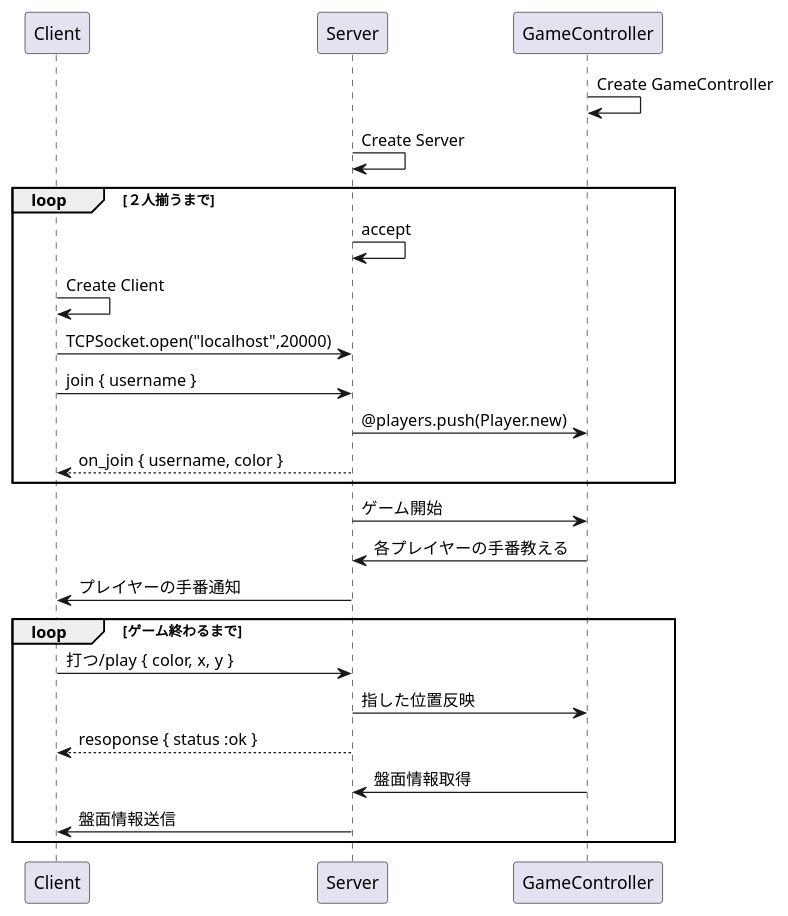
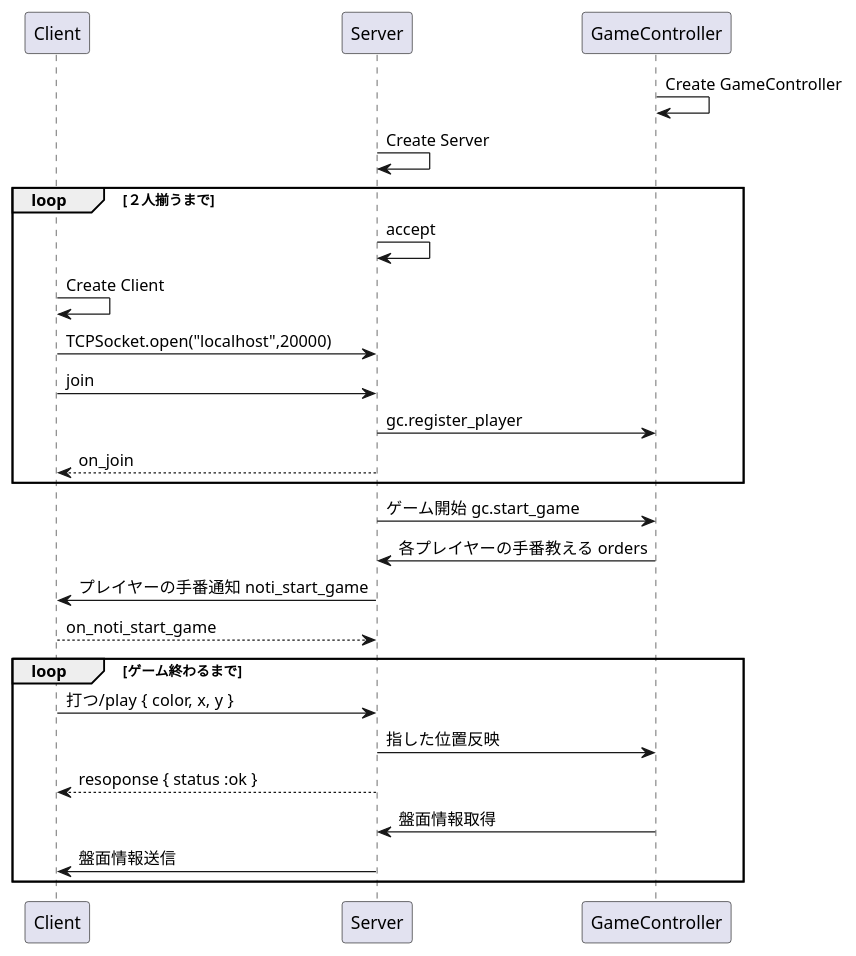
The diagram in uml.pu (WROS-eng/netpro), drawn with PlantUML before and after one commit. The commit also changed 1 other file, not shown here.

```diff
--- a/uml.pu
+++ b/uml.pu
@@ -1,32 +1,33 @@
 @startuml 雑イメージ
 participant Client
 participant Server
 participant GameController
 
 GameController -> GameController : Create GameController
 Server -> Server : Create Server
 
 loop ２人揃うまで
      Server -> Server : accept
      Client -> Client : Create Client
      Client -> Server : TCPSocket.open("localhost",20000)
      
-     Client -> Server : join { username }
-     Server -> GameController : @players.push(Player.new)
-     Server --> Client : on_join { username, color }
+     Client -> Server : join 
+     Server -> GameController : gc.register_player
+     Server --> Client : on_join
 end
 
-Server -> GameController : ゲーム開始
-GameController -> Server : 各プレイヤーの手番教える
-Server -> Client : プレイヤーの手番通知
+Server -> GameController : ゲーム開始 gc.start_game
+GameController -> Server : 各プレイヤーの手番教える orders
+Server -> Client : プレイヤーの手番通知 noti_start_game
+Client --> Server :  on_noti_start_game
 
 loop ゲーム終わるまで
 
     Client -> Server : 打つ/play { color, x, y }
     Server -> GameController : 指した位置反映
     Server --> Client : resoponse { status :ok }
 
     GameController -> Server : 盤面情報取得 
     Server -> Client : 盤面情報送信 
 end
 @enduml
```
